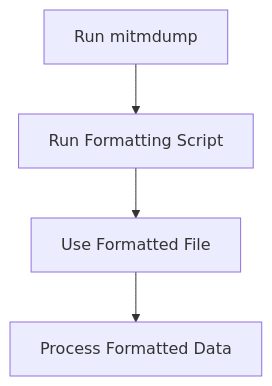
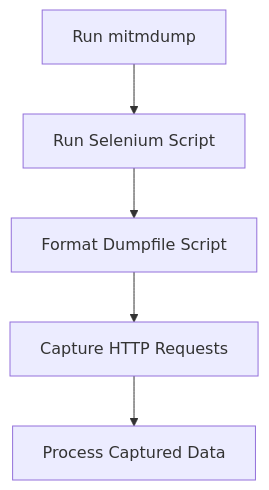
The second of 2 diagrams in README.md (jonruida/PowerBI_Insights), drawn with Mermaid before and after one commit.

````diff
--- a/README.md
+++ b/README.md
@@ -40,8 +40,9 @@
 ```mermaid
 graph TD;
     A[Run mitmdump];
-    A --> B[Run Formatting Script];
-    B --> C[Use Formatted File];
-    C --> D[Process Formatted Data];
+    A --> B[Run Selenium Script];
+    B --> C[Format Dumpfile Script];
+    C --> D[Capture HTTP Requests];
+    D --> E[Process Captured Data];
 
 ```
````
